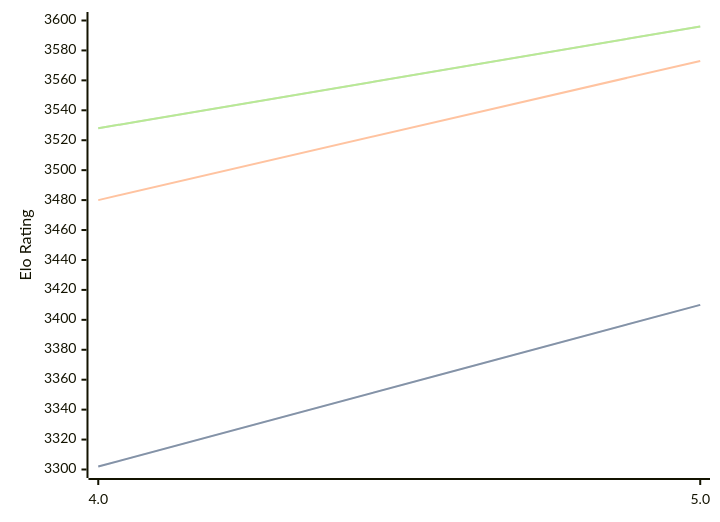
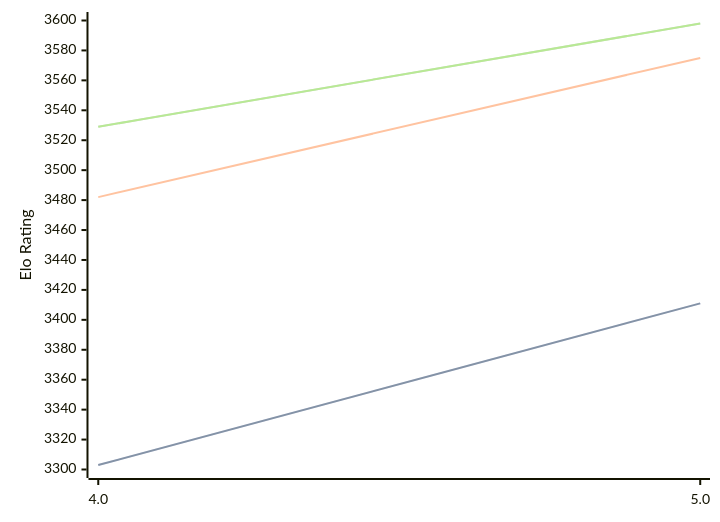
The diagram in engines/Tarnished.md (computer-chess-index/cci), drawn with Mermaid before and after one commit. The commit also changed other lines of this file, not shown here.

Commit message:
Update CCI Ratings (ELO VLTC) - 2026-05-14

````diff
--- a/engines/Tarnished.md
+++ b/engines/Tarnished.md
@@ -36,11 +36,11 @@
 ```mermaid
 %%{init: {"theme":"base","themeVariables":{"seriesColors:['#a3a3a3','#222221','#faa371']}}}%%
 xychart-beta
   x-axis ["4.0", "5.0"]
   y-axis "Elo Rating" 3300 --> 3600
-  line "STC (8.0+0.08s)" [3302, 3410]
-  line "STC (8.0+0.08s)" [3302, 3410]
-  line "LTC (60.0+0.60s)" [3480, 3573]
-  line "VLTC (2m24s+1.12s)" [3528, 3596]
-  line "VLTC (2m24s+1.12s)" [3528, 3596]
+  line "STC (8.0+0.08s)" [3303, 3411]
+  line "STC (8.0+0.08s)" [3303, 3411]
+  line "LTC (60.0+0.60s)" [3482, 3575]
+  line "VLTC (2m24s+1.12s)" [3529, 3598]
+  line "VLTC (2m24s+1.12s)" [3529, 3598]
 ```
````
